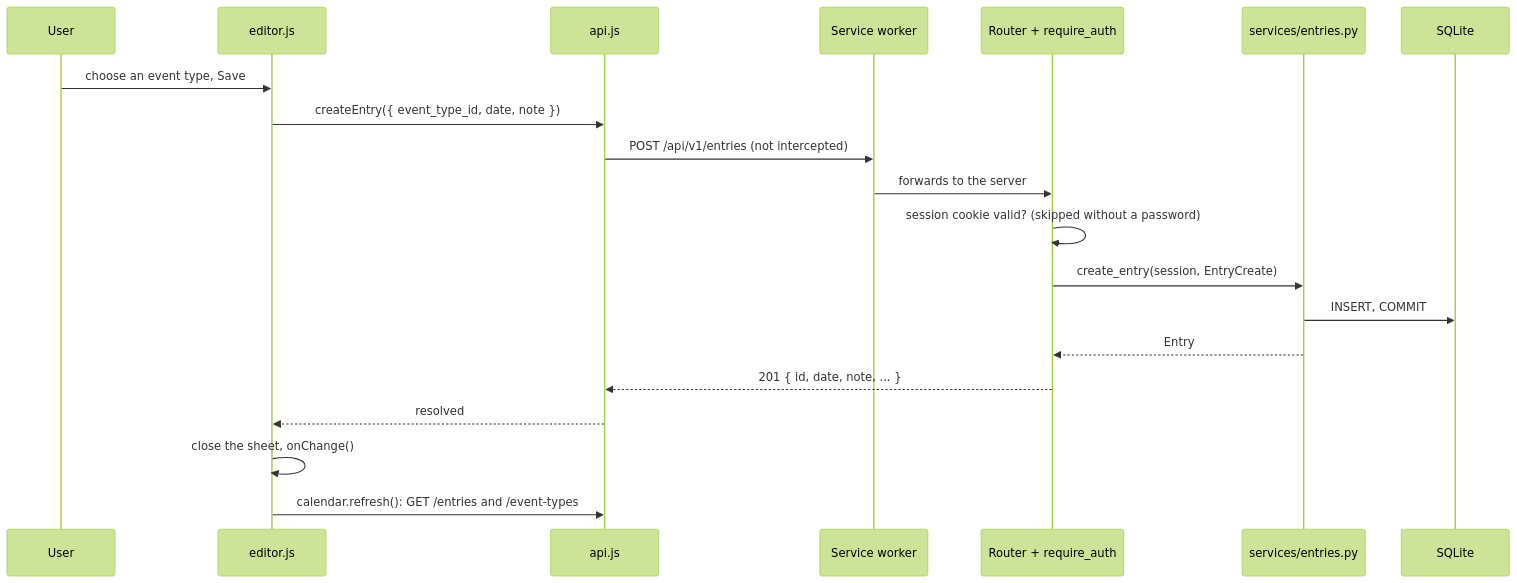
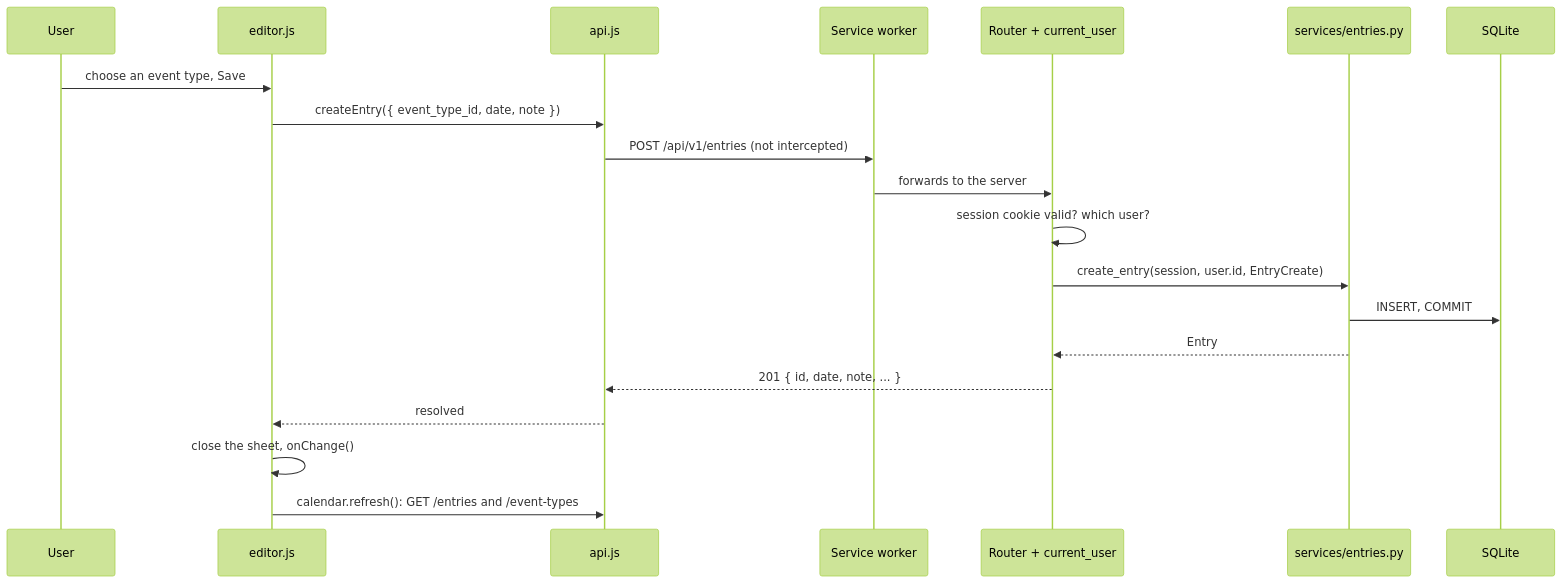
The third of 3 diagrams in docs/ARCHITECTURE.md (pernastefano/trakko), drawn with Mermaid (forest theme) before and after one commit. The commit also changed other lines of this file and 51 other files, not shown here.

First line of the commit message:
Add accounts, About section and a graphite and amber theme

````diff
--- a/docs/ARCHITECTURE.md
+++ b/docs/ARCHITECTURE.md
@@ -91,23 +105,23 @@
 ```mermaid
 sequenceDiagram
     participant U as User
     participant E as editor.js
     participant A as api.js
     participant SW as Service worker
-    participant R as Router + require_auth
+    participant R as Router + current_user
     participant S as services/entries.py
     participant D as SQLite
 
     U->>E: choose an event type, Save
     E->>A: createEntry({ event_type_id, date, note })
     A->>SW: POST /api/v1/entries (not intercepted)
     SW->>R: forwards to the server
-    R->>R: session cookie valid? (skipped without a password)
-    R->>S: create_entry(session, EntryCreate)
+    R->>R: session cookie valid? which user?
+    R->>S: create_entry(session, user.id, EntryCreate)
     S->>D: INSERT, COMMIT
     S-->>R: Entry
     R-->>A: 201 { id, date, note, ... }
     A-->>E: resolved
     E->>E: close the sheet, onChange()
     E->>A: calendar.refresh(): GET /entries and /event-types
 ```
````
